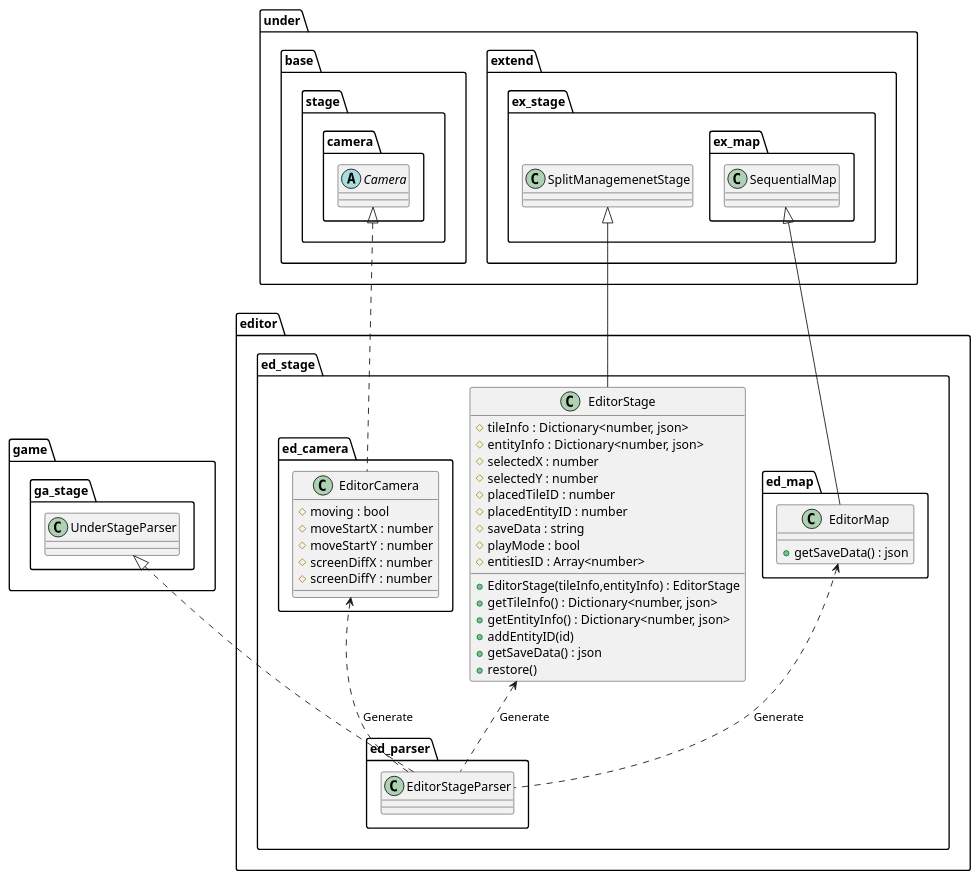
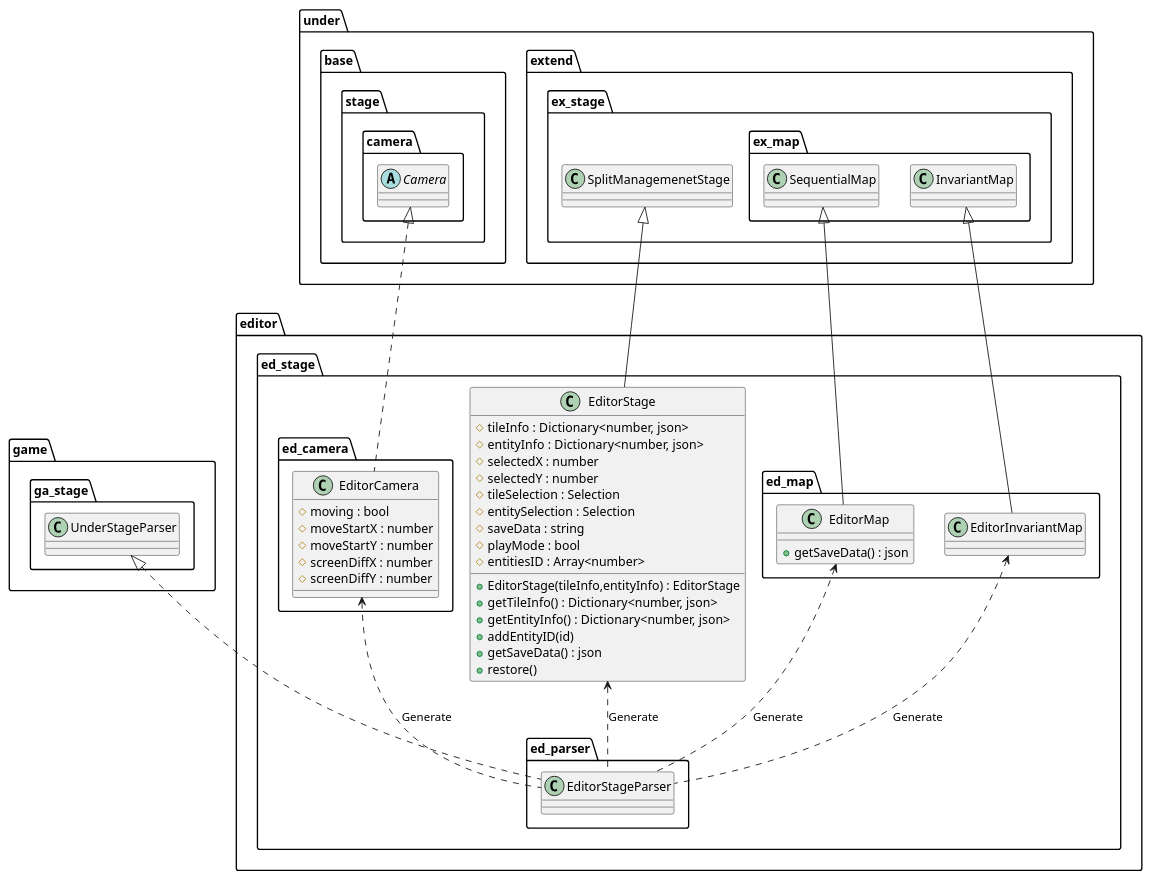
Before and after one commit to Expine/Under: the diagram in uml/editor/Stage.wsd, drawn with PlantUML. The commit also changed 21 other files, not shown here.

Commit message:
Fix UML and README

```diff
--- a/uml/editor/Stage.wsd
+++ b/uml/editor/Stage.wsd
@@ -1,77 +1,81 @@
 @startuml EditorStage
 
 package editor {
     package ed_stage {
         class EditorStage {
             +EditorStage(tileInfo,entityInfo) : EditorStage
             #tileInfo : Dictionary<number, json>
             #entityInfo : Dictionary<number, json>
             #selectedX : number
             #selectedY : number
-            #placedTileID : number
-            #placedEntityID : number
+            #tileSelection : Selection
+            #entitySelection : Selection
             #saveData : string
             #playMode : bool
             #entitiesID : Array<number>
             +getTileInfo() : Dictionary<number, json>
             +getEntityInfo() : Dictionary<number, json>
             +addEntityID(id)
             +getSaveData() : json
             +restore()
         }
 
         package ed_map {
             class EditorMap {
                 +getSaveData() : json
             }
+            class EditorInvariantMap
         }
 
         package ed_parser {
             class EditorStageParser
         }
         package ed_camera {
             class EditorCamera {
                 #moving : bool
                 #moveStartX : number
                 #moveStartY : number
                 #screenDiffX : number
                 #screenDiffY : number
             }
         }
     }
 }
 
 package under {
     package base {
         package stage {
             package camera {
                 abstract Camera
             }
         }
     }
     package extend {
         package ex_stage {
             class SplitManagemenetStage
             package ex_map {
                 class SequentialMap
+                class InvariantMap
             }
         }
     }
 }
 
 package game {
     package ga_stage {
         class UnderStageParser
     }
 }
 
 EditorStage <.. EditorStageParser : "Generate"
 EditorCamera <.. EditorStageParser : "Generate"
 EditorMap <.. EditorStageParser : "Generate"
+EditorInvariantMap <.. EditorStageParser : "Generate"
 
 Camera <|.. EditorCamera
 UnderStageParser <|.. EditorStageParser
 SplitManagemenetStage <|-- EditorStage
 SequentialMap <|-- EditorMap
+InvariantMap <|-- EditorInvariantMap
 
 @enduml
```
